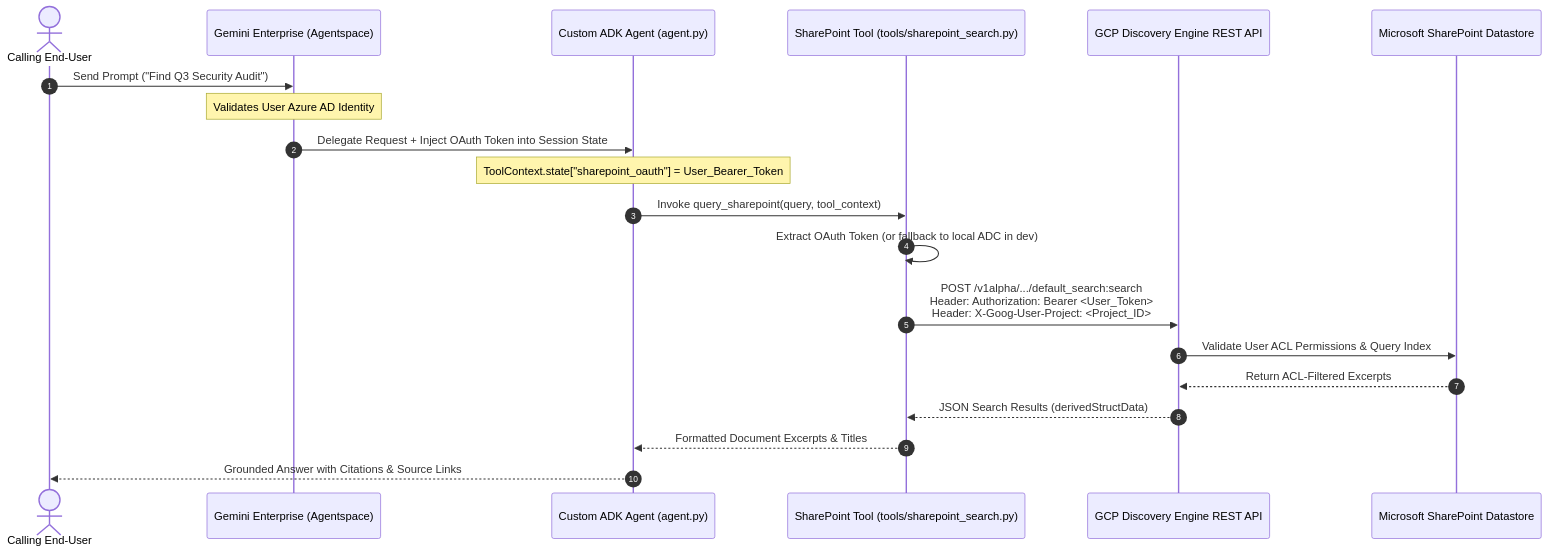
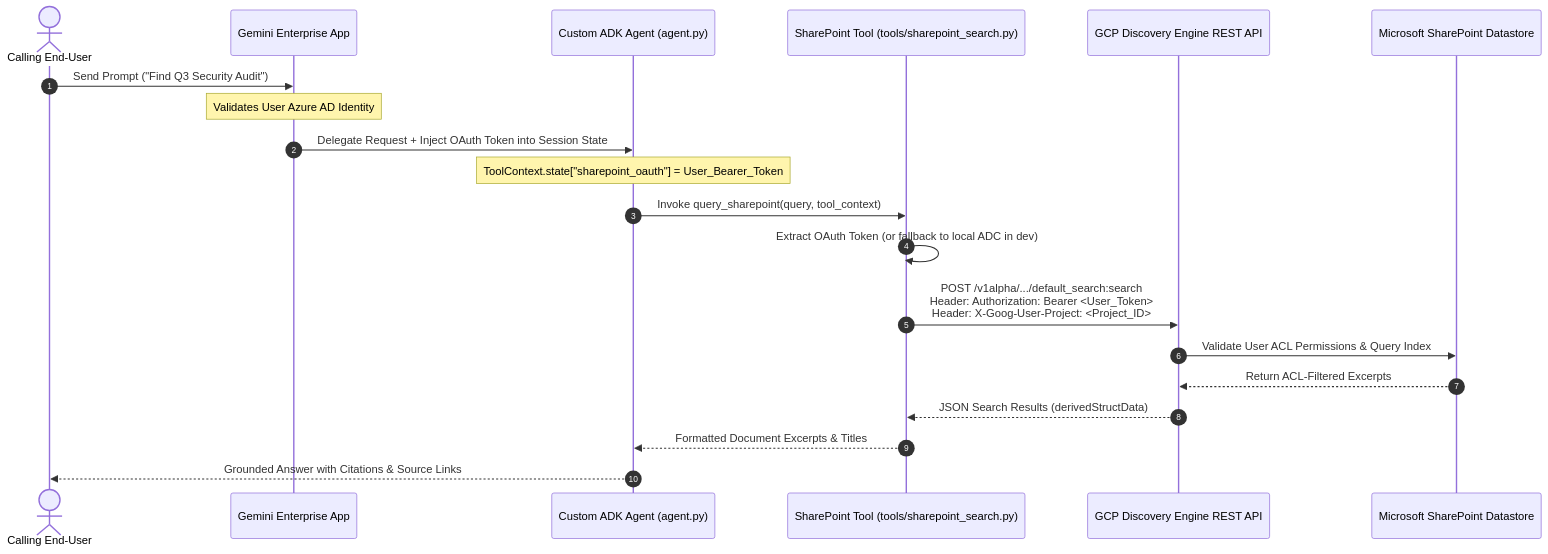
One commit to enriquekalven/adk-sharepoint-acl-agent changed the diagram in README.md. Above: the diagram before and after it, drawn with Mermaid. The commit also changed other lines of this file, not shown here.

Commit message:
docs: replace Agentspace terminology with Gemini Enterprise app

````diff
--- a/README.md
+++ b/README.md
@@ -67,23 +67,23 @@
 ```mermaid
 sequenceDiagram
     autonumber
     actor User as Calling End-User
-    participant GE as Gemini Enterprise (Agentspace)
+    participant GE as Gemini Enterprise App
     participant ADK as Custom ADK Agent (agent.py)
     participant Tool as SharePoint Tool (tools/sharepoint_search.py)
     participant DE as GCP Discovery Engine REST API
     participant SP as Microsoft SharePoint Datastore
 
     User->>GE: Send Prompt ("Find Q3 Security Audit")
     Note over GE: Validates User Azure AD Identity
     GE->>ADK: Delegate Request + Inject OAuth Token into Session State
     Note over ADK: ToolContext.state["sharepoint_oauth"] = User_Bearer_Token
     ADK->>Tool: Invoke query_sharepoint(query, tool_context)
     Tool->>Tool: Extract OAuth Token (or fallback to local ADC in dev)
     Tool->>DE: POST /v1alpha/.../default_search:search<br>Header: Authorization: Bearer <User_Token><br>Header: X-Goog-User-Project: <Project_ID>
     DE->>SP: Validate User ACL Permissions & Query Index
     SP-->>DE: Return ACL-Filtered Excerpts
     DE-->>Tool: JSON Search Results (derivedStructData)
     Tool-->>ADK: Formatted Document Excerpts & Titles
     ADK-->>User: Grounded Answer with Citations & Source Links
 ```
````
